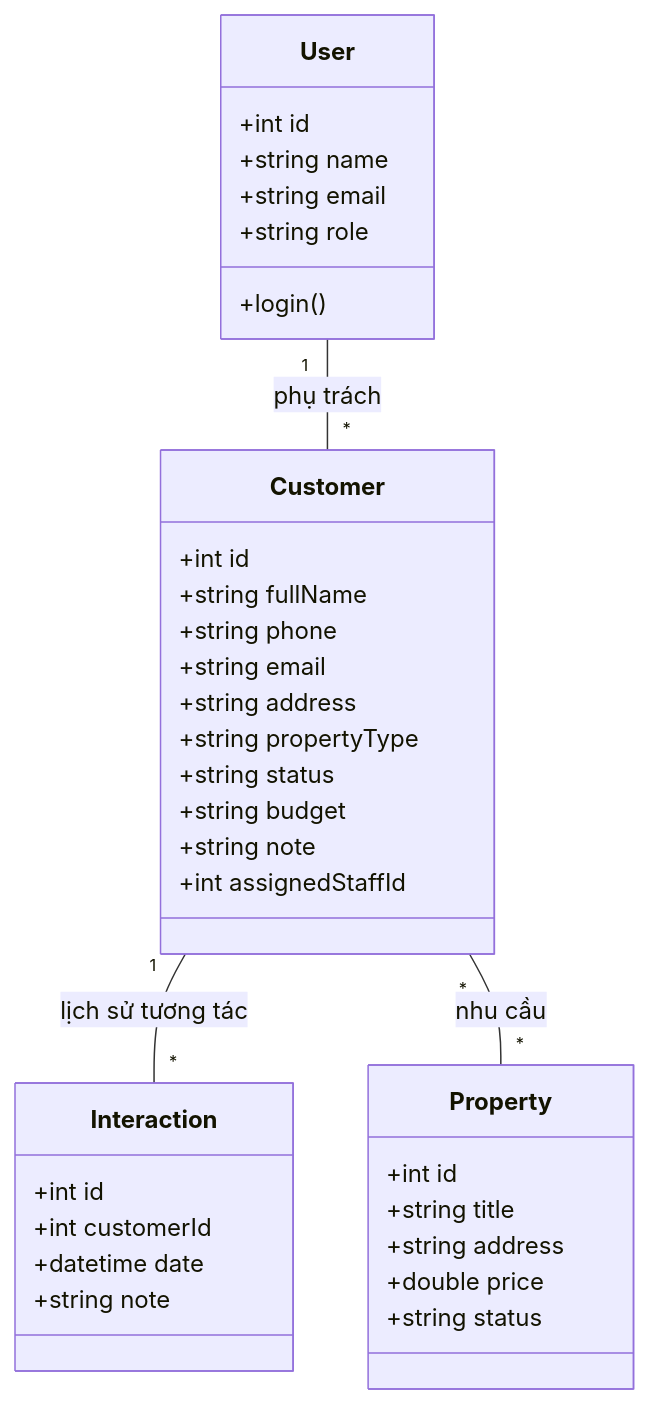
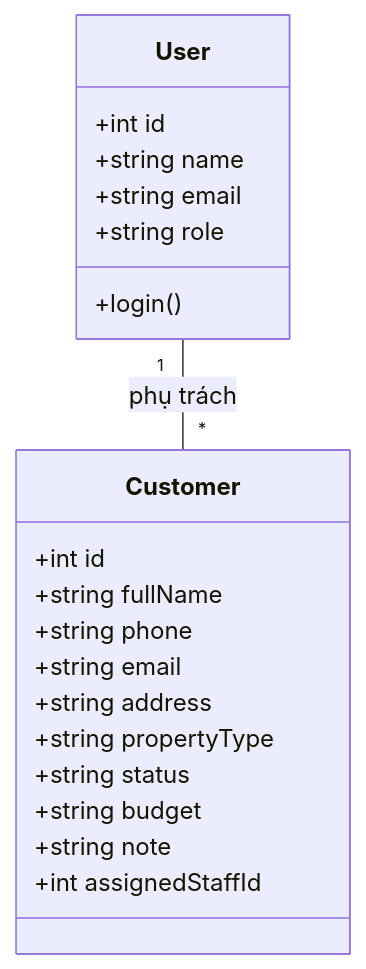
Before and after one commit to toandev2505/customer-bds-fe: the second of 7 diagrams in README.md, drawn with Mermaid. The commit also changed other lines of this file, not shown here.

````diff
--- a/README.md
+++ b/README.md
@@ -50,39 +47,24 @@
 ```mermaid
 classDiagram
     class User {
         +int id
         +string name
         +string email
         +string role
         +login()
     }
     class Customer {
         +int id
         +string fullName
         +string phone
         +string email
         +string address
         +string propertyType
         +string status
         +string budget
         +string note
         +int assignedStaffId
     }
-    class Property {
-        +int id
-        +string title
-        +string address
-        +double price
-        +string status
-    }
-    class Interaction {
-        +int id
-        +int customerId
-        +datetime date
-        +string note
-    }
 
     User "1" -- "*" Customer : phụ trách
-    Customer "1" -- "*" Interaction : lịch sử tương tác
-    Customer "*" -- "*" Property : nhu cầu
 ```
````
